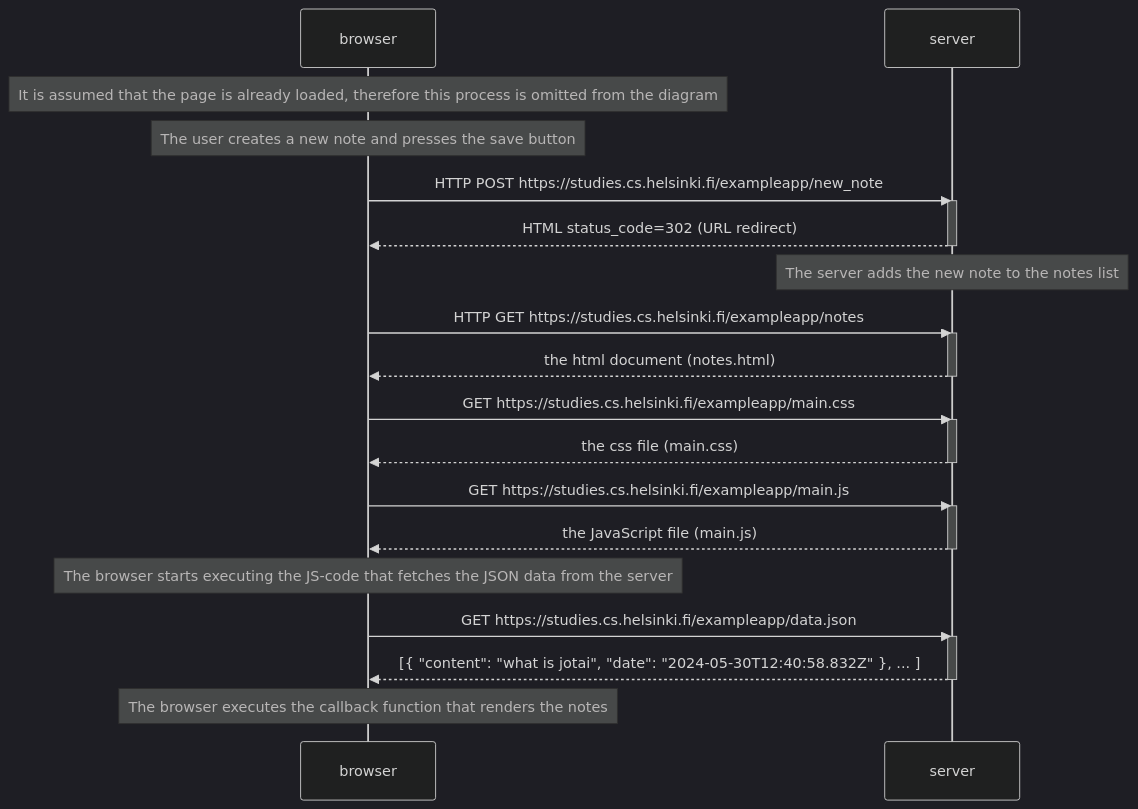
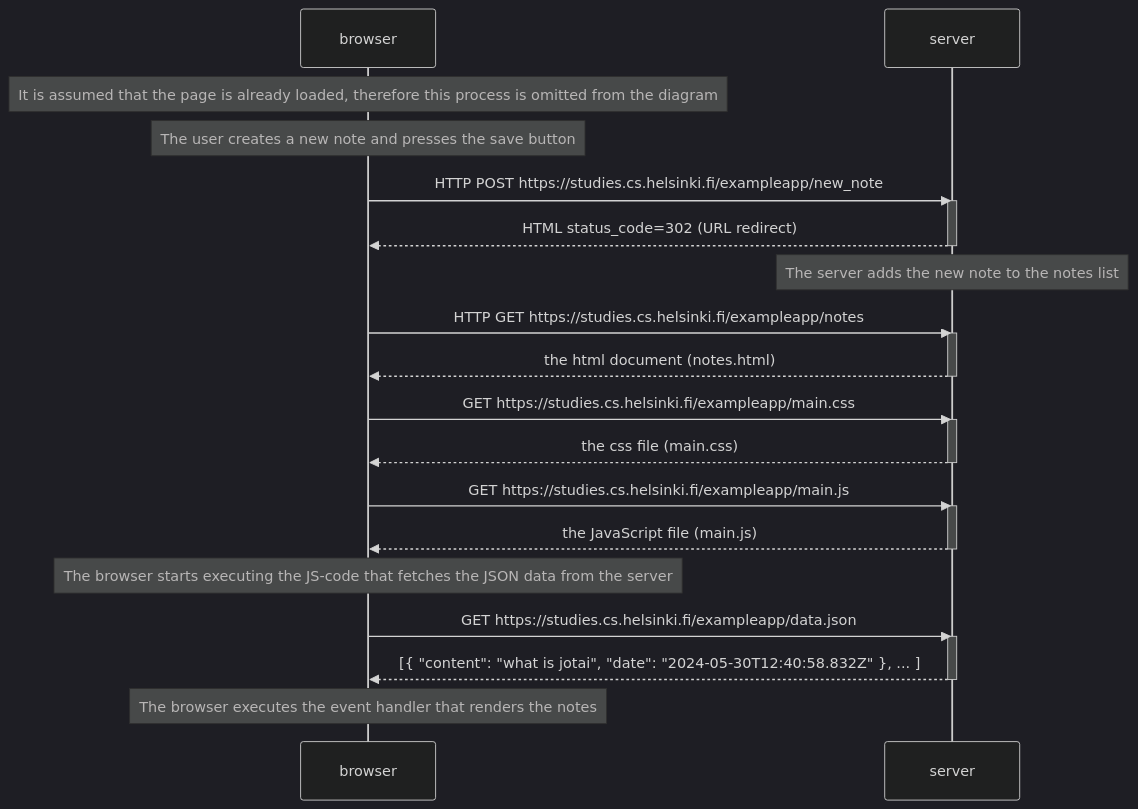
The diagram in Part 0/0.4 Nuevo diagrama de nota.md (Sebasvasquezz/Fullstack_Exercises), drawn with Mermaid (dark theme) before and after one commit.

Commit message:
Update 0.4 Nuevo diagrama de nota.md

````diff
--- a/Part 0/0.4 Nuevo diagrama de nota.md
+++ b/Part 0/0.4 Nuevo diagrama de nota.md
@@ -1,39 +1,39 @@
 ```mermaid
 sequenceDiagram
     participant browser
     participant server
 
     Note over browser: It is assumed that the page is already loaded, therefore this process is omitted from the diagram
     Note over browser: The user creates a new note and presses the save button
 
     browser->>server: HTTP POST https://studies.cs.helsinki.fi/exampleapp/new_note
     activate server
     server-->>browser: HTML status_code=302 (URL redirect)
     deactivate server
 
     Note over server: The server adds the new note to the notes list
 
     browser->>server: HTTP GET https://studies.cs.helsinki.fi/exampleapp/notes
     activate server
     server-->>browser: the html document (notes.html)
     deactivate server
 
     browser->>server: GET https://studies.cs.helsinki.fi/exampleapp/main.css
     activate server
     server-->>browser: the css file (main.css)
     deactivate server
 
     browser->>server: GET https://studies.cs.helsinki.fi/exampleapp/main.js
     activate server
     server-->>browser: the JavaScript file (main.js)
     deactivate server
 
     Note over browser: The browser starts executing the JS-code that fetches the JSON data from the server
 
     browser->>server: GET https://studies.cs.helsinki.fi/exampleapp/data.json
     activate server
     server-->>browser: [{ "content": "what is jotai", "date": "2024-05-30T12:40:58.832Z" }, ... ]
     deactivate server
 
-    Note over browser: The browser executes the callback function that renders the notes
+    Note over browser: The browser executes the event handler that renders the notes
 ```
````
